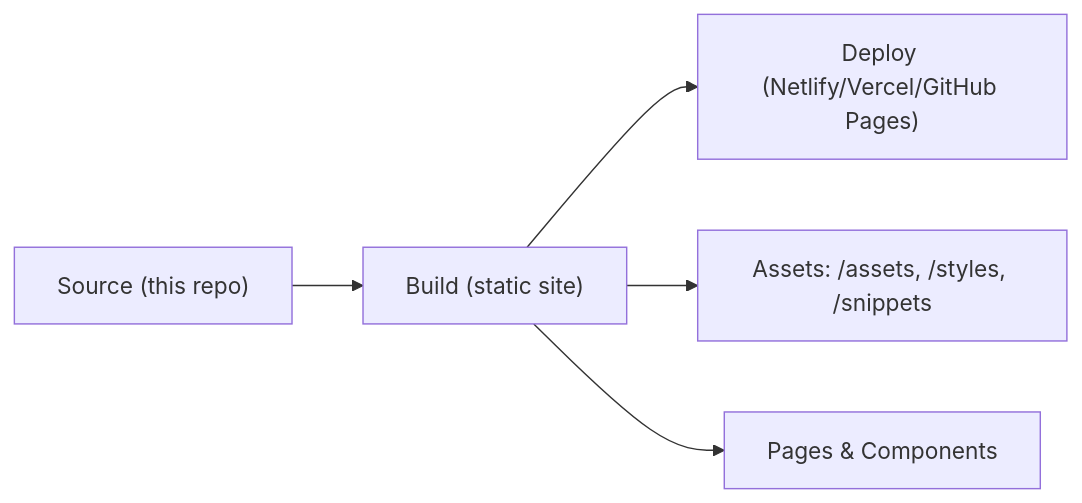
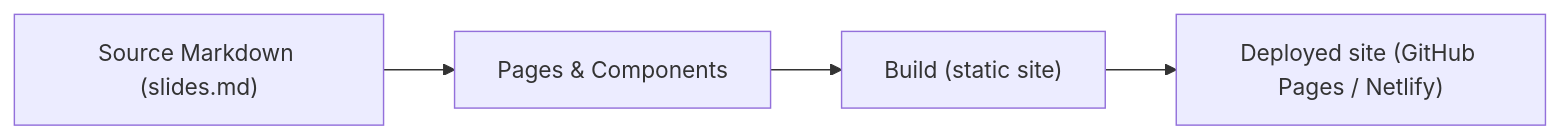
One commit to galiprandi/prompt-engineering changed the diagram in docs/architecture.md. Above: the diagram before and after it, drawn with Mermaid. The commit also changed other lines of this file and 4 other files, not shown here.

````diff
--- a/docs/architecture.md
+++ b/docs/architecture.md
@@ -15,6 +15,6 @@
 ```mermaid
 flowchart LR
-  A["Source (this repo)"] --> B["Build (static site)"] --> C["Deploy (Netlify/Vercel/GitHub Pages)"]
-  B --> D["Assets: /assets, /styles, /snippets"]
-  B --> E["Pages & Components"]
+  A["Source Markdown (slides.md)"] --> B["Pages & Components"]
+  B --> C["Build (static site)"]
+  C --> D["Deployed site (GitHub Pages / Netlify)"]
 ```
````
